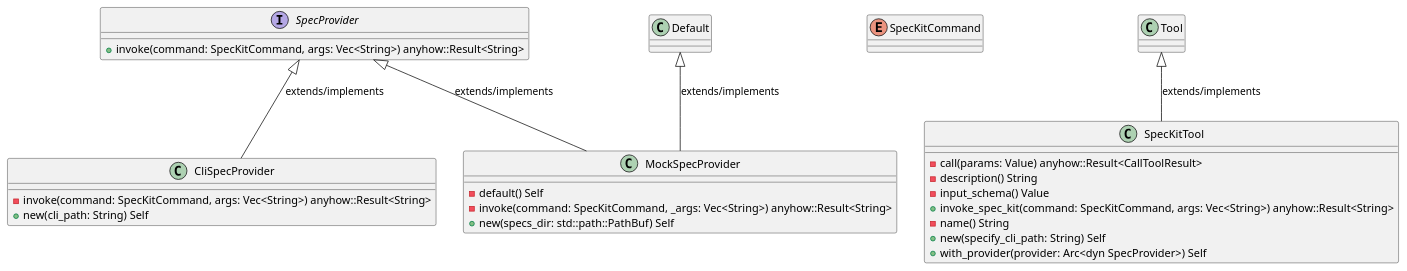
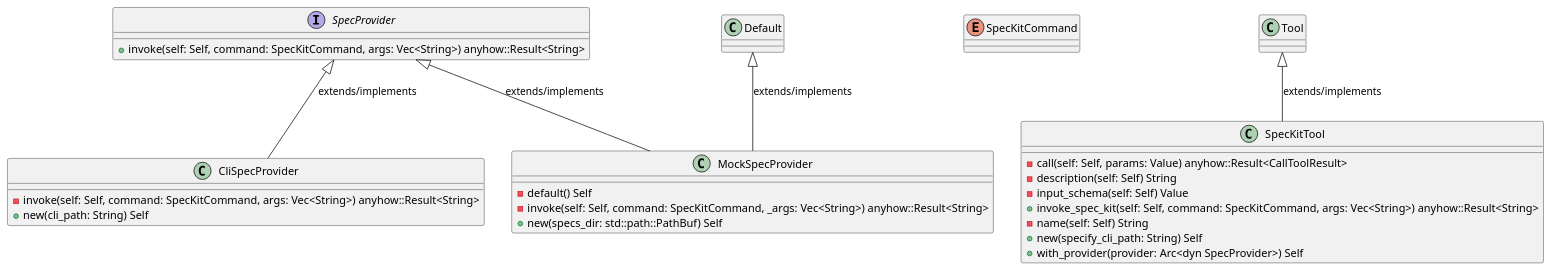
One commit to lgcorzo/rust_CACD_autonomous_factory changed the first of 6 diagrams in openwiki/crates_factory_mcp_server_src_tools_spec_kit_tool.md. Above: the diagram before and after it, drawn with PlantUML. The commit also changed other lines of this file and 95 other files, not shown here.

````diff
--- a/openwiki/crates_factory_mcp_server_src_tools_spec_kit_tool.md
+++ b/openwiki/crates_factory_mcp_server_src_tools_spec_kit_tool.md
@@ -259,32 +261,32 @@
 ```plantuml
 @startuml
 class CliSpecProvider {
-    -invoke(command: SpecKitCommand, args: Vec<String>) anyhow::Result<String>
+    -invoke(self: Self, command: SpecKitCommand, args: Vec<String>) anyhow::Result<String>
     +new(cli_path: String) Self
 }
 SpecProvider <|-- CliSpecProvider : extends/implements
 class MockSpecProvider {
     -default() Self
-    -invoke(command: SpecKitCommand, _args: Vec<String>) anyhow::Result<String>
+    -invoke(self: Self, command: SpecKitCommand, _args: Vec<String>) anyhow::Result<String>
     +new(specs_dir: std::path::PathBuf) Self
 }
 Default <|-- MockSpecProvider : extends/implements
 SpecProvider <|-- MockSpecProvider : extends/implements
 enum SpecKitCommand {
 }
 class SpecKitTool {
-    -call(params: Value) anyhow::Result<CallToolResult>
-    -description() String
-    -input_schema() Value
-    +invoke_spec_kit(command: SpecKitCommand, args: Vec<String>) anyhow::Result<String>
-    -name() String
+    -call(self: Self, params: Value) anyhow::Result<CallToolResult>
+    -description(self: Self) String
+    -input_schema(self: Self) Value
+    +invoke_spec_kit(self: Self, command: SpecKitCommand, args: Vec<String>) anyhow::Result<String>
+    -name(self: Self) String
     +new(specify_cli_path: String) Self
     +with_provider(provider: Arc<dyn SpecProvider>) Self
 }
 Tool <|-- SpecKitTool : extends/implements
 interface SpecProvider {
-    +invoke(command: SpecKitCommand, args: Vec<String>) anyhow::Result<String>
+    +invoke(self: Self, command: SpecKitCommand, args: Vec<String>) anyhow::Result<String>
 }
 @enduml
 
 ```
````
